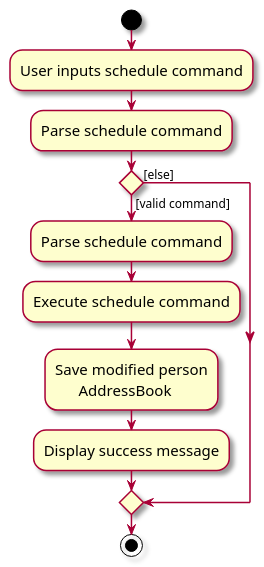
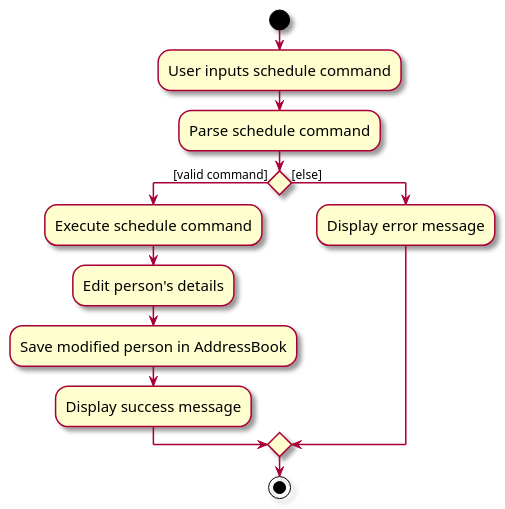
The diagram in diagrams/ScheduleDiagram.puml (Ragnapop/tp), drawn with PlantUML before and after one commit. The commit also changed 46 other files, not shown here.

```diff
--- a/diagrams/ScheduleDiagram.puml
+++ b/diagrams/ScheduleDiagram.puml
@@ -1,23 +1,23 @@
 @startuml
 skin rose
 skinparam ActivityFontSize 15
 skinparam ArrowFontSize 12
 start
 
 
 :User inputs schedule command;
 :Parse schedule command;
 
 'Since the beta syntax does not support placing the condition outside the
 'diamond we place it as the true branch instead.
 
 if () then ([valid command])
-    :Parse schedule command;
     :Execute schedule command;
-    :Save modified person
-          AddressBook;
+    :Edit person's details;
+    :Save modified person in AddressBook;
     :Display success message;
 else ([else])
+    :Display error message;
 endif
 stop
 @enduml
```
